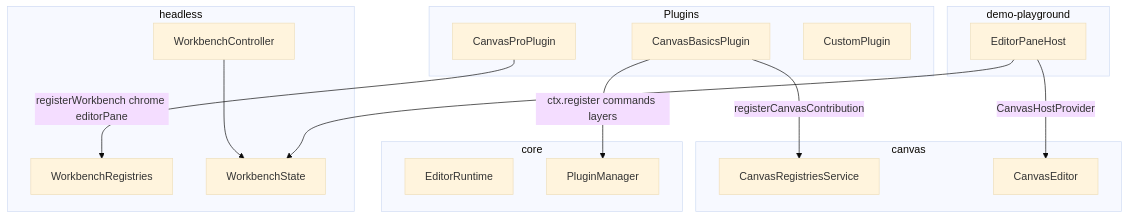
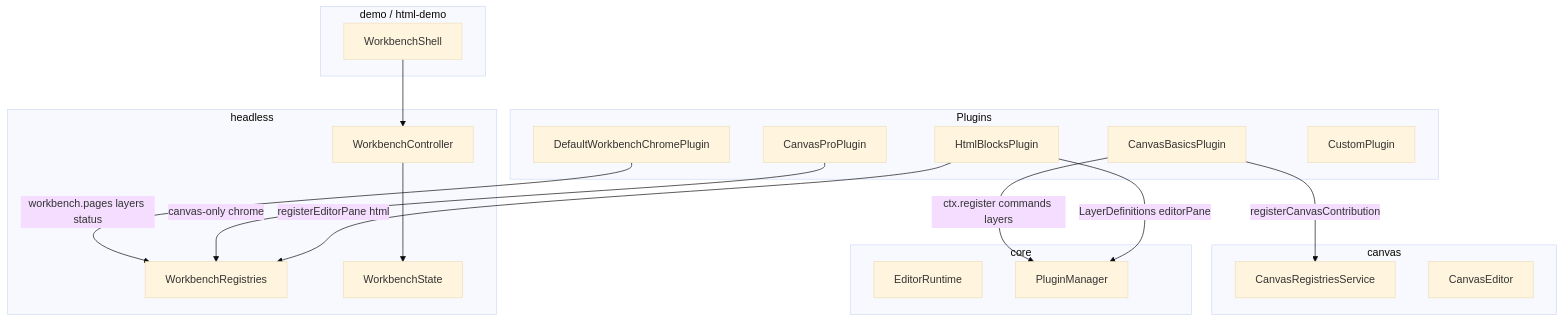
One commit to openenvx/editor changed the first of 2 diagrams in Architecture.md. Above: the diagram before and after it, drawn with Mermaid (base theme). The commit also changed other lines of this file and 90 other files, not shown here.

First line of the commit message:
feat: introduce HTML demo application and enhance canvas architecture

````diff
--- a/Architecture.md
+++ b/Architecture.md
@@ -83,30 +103,34 @@
 ```mermaid
 flowchart TB
   subgraph plugins [Plugins]
+    Chrome[DefaultWorkbenchChromePlugin]
     CanvasBasics[CanvasBasicsPlugin]
     CanvasPro[CanvasProPlugin]
+    HtmlBlocks[HtmlBlocksPlugin]
     Custom[CustomPlugin]
   end
   subgraph canvasPkg [canvas]
     Registries[CanvasRegistriesService]
     CanvasEditor[CanvasEditor]
   end
   subgraph coreHost [core]
     Runtime[EditorRuntime]
     PluginHost[PluginManager]
   end
   subgraph headlessPkg [headless]
     WbRegs[WorkbenchRegistries]
     Controller[WorkbenchController]
     State[WorkbenchState]
   end
-  subgraph app [demo-playground]
-    PaneHost[EditorPaneHost]
+  subgraph app [demo / html-demo]
+    Shell[WorkbenchShell]
   end
+  Chrome -->|workbench.pages layers status| WbRegs
   CanvasBasics -->|ctx.register commands layers| PluginHost
   CanvasBasics -->|registerCanvasContribution| Registries
-  CanvasPro -->|registerWorkbench chrome editorPane| WbRegs
+  CanvasPro -->|canvas-only chrome| WbRegs
+  HtmlBlocks -->|LayerDefinitions editorPane| PluginHost
+  HtmlBlocks -->|registerEditorPane html| WbRegs
   Controller --> State
-  PaneHost -->|CanvasHostProvider| CanvasEditor
-  PaneHost --> State
+  Shell --> Controller
 ```
````
